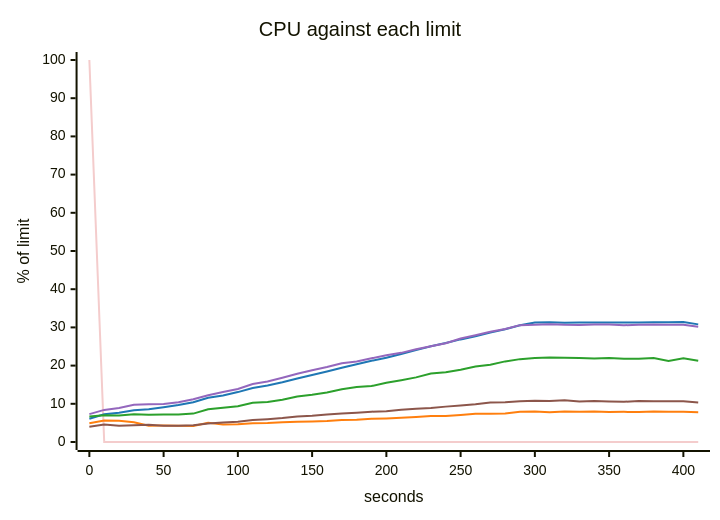
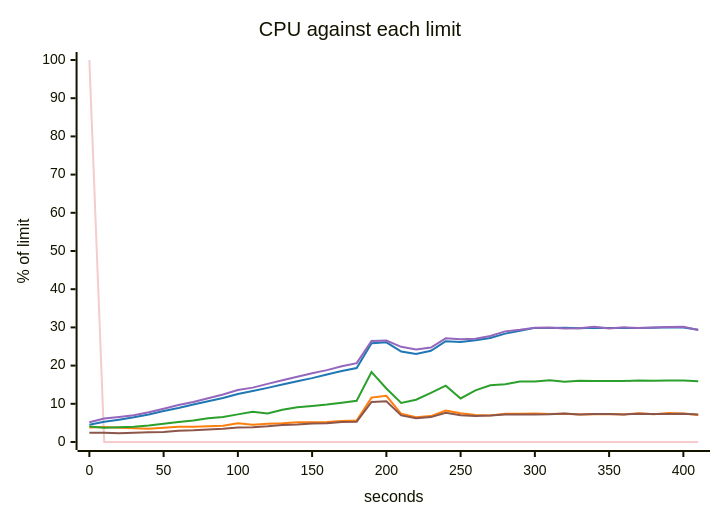
Before and after one commit to akinfemi/load-lore: the fifth of 5 diagrams in scenarios/connection-pool-trap/solutions/pgbouncer/report.md, drawn with Mermaid. The commit also changed other lines of this file and 71 other files, not shown here.

````diff
--- a/scenarios/connection-pool-trap/solutions/pgbouncer/report.md
+++ b/scenarios/connection-pool-trap/solutions/pgbouncer/report.md
@@ -97,19 +99,19 @@
 ```mermaid
 ---
 config:
   themeVariables:
     xyChart:
       backgroundColor: "transparent"
       plotColorPalette: "#f4cccc, #1f77b4, #ff7f0e, #2ca02c, #9467bd, #8c564b"
 ---
 xychart-beta
     title "CPU against each limit"
     x-axis "seconds" 0 --> 410
     y-axis "% of limit" 0 --> 100
     line [100, 0, 0, 0, 0, 0, 0, 0, 0, 0, 0, 0, 0, 0, 0, 0, 0, 0, 0, 0, 0, 0, 0, 0, 0, 0, 0, 0, 0, 0, 0, 0, 0, 0, 0, 0, 0, 0, 0, 0, 0, 0]
-    line [6.105, 7.252, 7.685, 8.32, 8.595, 9.122, 9.66, 10.4, 11.59, 12.171, 13.065, 14.148, 14.798, 15.636, 16.605, 17.558, 18.455, 19.434, 20.341, 21.259, 22.055, 23.027, 24.056, 25.087, 25.924, 26.858, 27.659, 28.634, 29.507, 30.547, 31.28, 31.329, 31.235, 31.286, 31.296, 31.294, 31.262, 31.28, 31.335, 31.35, 31.386, 30.793]
-    line [4.902, 5.631, 5.54, 5.168, 4.286, 4.29, 4.275, 4.183, 5.026, 4.559, 4.677, 4.887, 4.945, 5.188, 5.282, 5.372, 5.471, 5.768, 5.793, 6.077, 6.174, 6.344, 6.573, 6.809, 6.784, 7.048, 7.372, 7.408, 7.456, 7.894, 8.005, 7.815, 8, 7.901, 7.953, 7.869, 7.888, 7.847, 7.962, 7.913, 7.896, 7.809]
-    line [6.706, 7.034, 6.937, 7.263, 7.137, 7.216, 7.223, 7.438, 8.546, 8.983, 9.351, 10.254, 10.473, 11.049, 11.907, 12.366, 12.971, 13.816, 14.392, 14.648, 15.535, 16.185, 16.917, 17.928, 18.247, 18.926, 19.744, 20.219, 21.102, 21.693, 22.006, 22.119, 22.061, 22.001, 21.862, 22.019, 21.81, 21.801, 21.974, 21.213, 21.941, 21.277]
-    line [7.301, 8.407, 8.893, 9.723, 9.899, 9.959, 10.43, 11.196, 12.254, 13.09, 13.893, 15.162, 15.816, 16.837, 17.844, 18.806, 19.621, 20.618, 21.094, 21.901, 22.735, 23.337, 24.289, 25.075, 25.859, 27.082, 27.965, 28.836, 29.591, 30.592, 30.711, 30.8, 30.678, 30.649, 30.755, 30.769, 30.555, 30.716, 30.769, 30.697, 30.723, 30.147]
-    line [3.986, 4.576, 4.259, 4.364, 4.499, 4.272, 4.262, 4.409, 4.817, 5.09, 5.287, 5.746, 5.975, 6.273, 6.698, 6.848, 7.199, 7.47, 7.673, 7.937, 8.068, 8.44, 8.672, 8.897, 9.261, 9.559, 9.862, 10.348, 10.436, 10.663, 10.792, 10.704, 10.913, 10.63, 10.755, 10.618, 10.541, 10.712, 10.676, 10.638, 10.671, 10.349]
+    line [4.507, 5.299, 5.851, 6.478, 7.225, 8.107, 8.901, 9.835, 10.694, 11.527, 12.575, 13.353, 14.167, 15.042, 15.912, 16.724, 17.657, 18.606, 19.37, 25.841, 26.095, 23.693, 23.07, 23.863, 26.381, 26.21, 26.614, 27.249, 28.375, 29.097, 29.872, 29.831, 29.91, 29.773, 29.885, 29.861, 29.822, 29.857, 29.925, 30.043, 29.95, 29.398]
+    line [3.798, 3.937, 3.739, 3.596, 3.501, 3.713, 3.969, 4.01, 4.131, 4.266, 4.893, 4.535, 4.792, 4.928, 5.152, 5.158, 5.228, 5.486, 5.644, 11.606, 12.101, 7.371, 6.489, 6.775, 8.222, 7.504, 7.088, 6.959, 7.383, 7.391, 7.455, 7.341, 7.401, 7.2, 7.292, 7.318, 7.211, 7.539, 7.294, 7.568, 7.462, 7.052]
+    line [4.029, 3.754, 3.868, 3.999, 4.334, 4.796, 5.206, 5.651, 6.207, 6.55, 7.229, 7.927, 7.455, 8.466, 9.093, 9.446, 9.815, 10.299, 10.783, 18.308, 14.023, 10.212, 11.074, 12.878, 14.749, 11.396, 13.504, 14.846, 15.137, 15.81, 15.859, 16.16, 15.787, 16.046, 15.976, 15.977, 15.969, 16.098, 16.043, 16.083, 16.107, 15.931]
+    line [5.18, 6.168, 6.554, 6.983, 7.791, 8.706, 9.68, 10.473, 11.446, 12.454, 13.611, 14.235, 15.219, 16.158, 17.064, 18.014, 18.816, 19.845, 20.646, 26.464, 26.55, 24.917, 24.226, 24.731, 27.145, 26.907, 27.058, 27.743, 28.959, 29.392, 29.935, 29.951, 29.742, 29.757, 30.154, 29.705, 30.009, 29.82, 29.993, 30.1, 30.165, 29.333]
+    line [2.394, 2.412, 2.296, 2.413, 2.542, 2.623, 2.961, 3.064, 3.286, 3.476, 3.793, 3.892, 4.105, 4.426, 4.572, 4.856, 4.905, 5.244, 5.308, 10.486, 10.638, 6.955, 6.241, 6.521, 7.623, 7.001, 6.818, 6.962, 7.206, 7.211, 7.217, 7.278, 7.474, 7.18, 7.327, 7.314, 7.212, 7.375, 7.342, 7.325, 7.396, 7.192]
 ```
````
